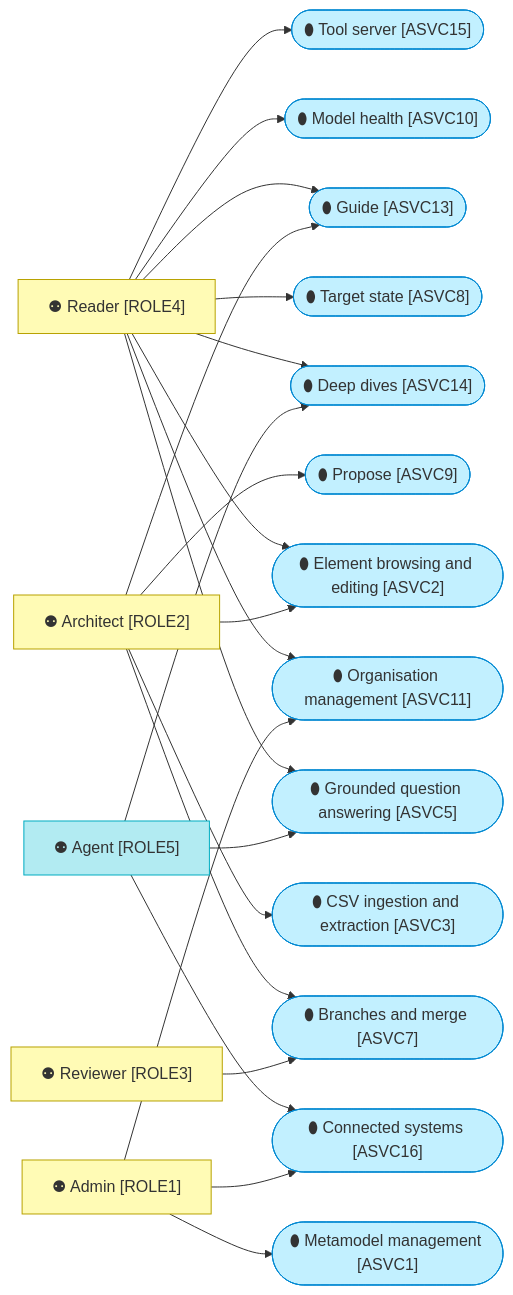
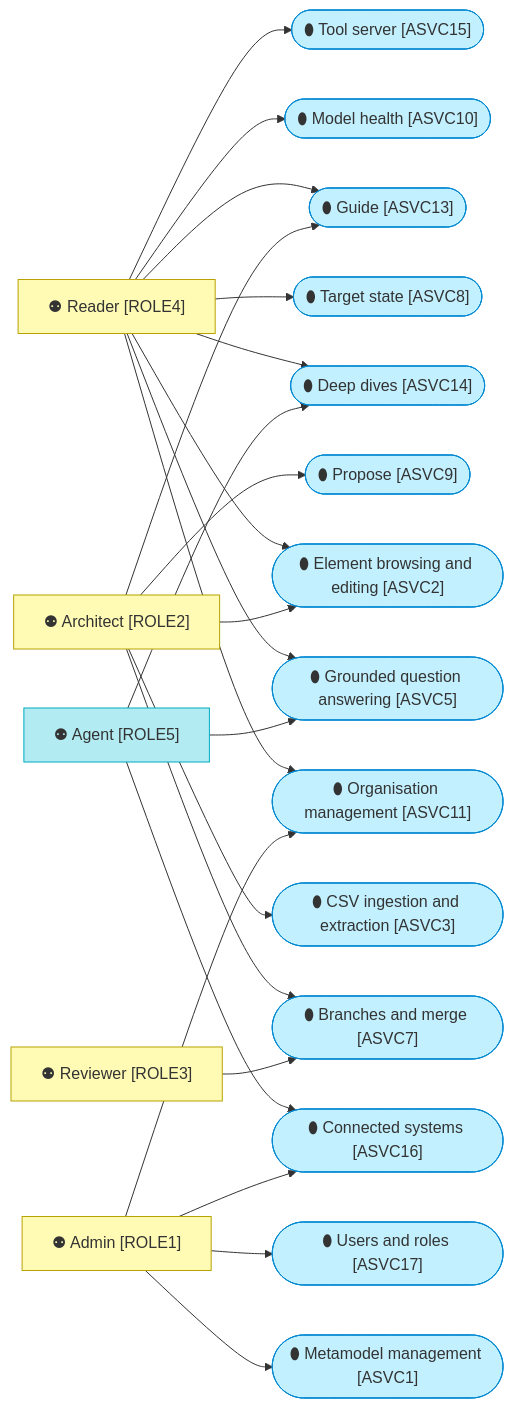
Before and after one commit to roanboc/dbx-enterprise-architecture: the second of 4 diagrams in architecture/4_application/1_application-services.md, drawn with Mermaid. The commit also changed other lines of this file and 15 other files, not shown here.

First line of the commit message:
docs(architecture): initiatives 27 and 28 built — the application and technology layers aligned, GAP30 and GAP31 closed

````diff
--- a/architecture/4_application/1_application-services.md
+++ b/architecture/4_application/1_application-services.md
@@ -27,45 +27,47 @@
 ```mermaid
 flowchart LR
   reader["⚉ Reader [ROLE4]"]:::business
   arch["⚉ Architect [ROLE2]"]:::business
   rev["⚉ Reviewer [ROLE3]"]:::business
   admin["⚉ Admin [ROLE1]"]:::business
   agent["⚉ Agent [ROLE5]"]:::ai
   s1(["⬮ Metamodel management [ASVC1]"]):::application
   s2(["⬮ Element browsing and editing [ASVC2]"]):::application
   s3(["⬮ CSV ingestion and extraction [ASVC3]"]):::application
   s5(["⬮ Grounded question answering [ASVC5]"]):::application
   s7(["⬮ Branches and merge [ASVC7]"]):::application
   s8(["⬮ Target state [ASVC8]"]):::application
   s9(["⬮ Propose [ASVC9]"]):::application
   s10(["⬮ Model health [ASVC10]"]):::application
   s11(["⬮ Organisation management [ASVC11]"]):::application
   s13(["⬮ Guide [ASVC13]"]):::application
   s14(["⬮ Deep dives [ASVC14]"]):::application
   s15(["⬮ Tool server [ASVC15]"]):::application
   s16(["⬮ Connected systems [ASVC16]"]):::application
+  s17(["⬮ Users and roles [ASVC17]"]):::application
   reader --> s2
   reader --> s5
   reader --> s8
   reader --> s10
   reader --> s11
   reader --> s13
   reader --> s14
   arch --> s2
   arch --> s3
   arch --> s7
   arch --> s9
   arch --> s13
   rev --> s7
   admin --> s1
   admin --> s11
   agent --> s5
   agent --> s14
   agent --> s16
   reader --> s15
   admin --> s16
+  admin --> s17
 
   classDef business fill:#fffbb5,stroke:#b8a200,color:#333
   classDef application fill:#c2f0ff,stroke:#0288d1,color:#333
   classDef ai fill:#b2ebf2,stroke:#00acc1,color:#333
 ```
````
